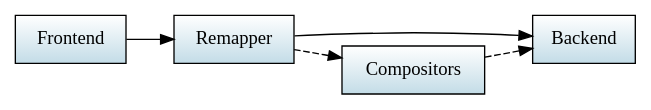
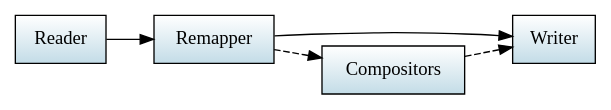
One commit to ssec/polar2grid changed the diagram in py/polar2grid/doc/source/design_overview.rst. Above: the diagram before and after it, drawn with Graphviz. The commit also changed 7 other files, not shown here.

```diff
--- a/py/polar2grid/doc/source/design_overview.rst
+++ b/py/polar2grid/doc/source/design_overview.rst
@@ -25,10 +25,10 @@
 .. graphviz::
 
     digraph glue_flow {
         rankdir = LR;
         node [shape = rectangle, fillcolor="#C3DCE7:white", gradientangle="90.0", style="filled"];
-        "Frontend" -> "Remapper";
-        "Remapper" -> "Backend";
+        "Reader" -> "Remapper";
+        "Remapper" -> "Writer";
         "Remapper" -> "Compositors" [style=dashed];
-        "Compositors" -> "Backend" [style=dashed];
+        "Compositors" -> "Writer" [style=dashed];
     }
```
